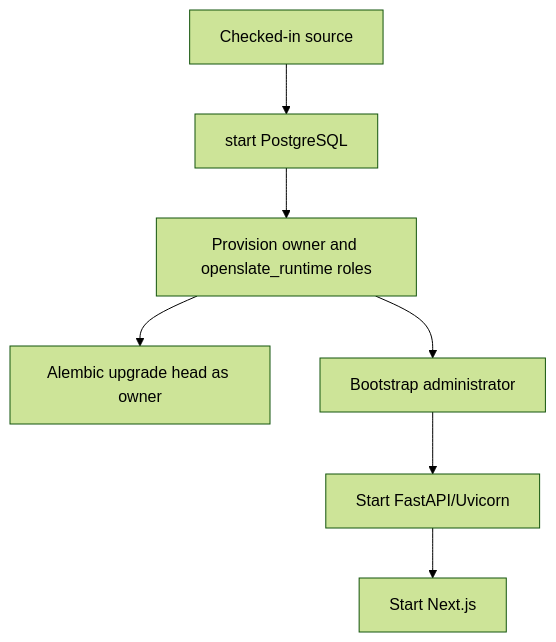
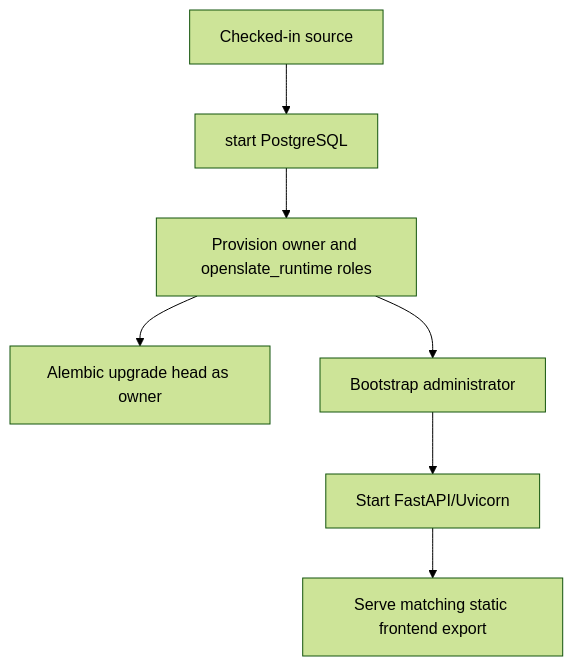
The diagram in docs/architecture/12-deployment-architecture.md (jayeuse/openslate), drawn with Mermaid (forest theme) before and after one commit. The commit also changed other lines of this file and 22 other files, not shown here.

````diff
--- a/docs/architecture/12-deployment-architecture.md
+++ b/docs/architecture/12-deployment-architecture.md
@@ -35,9 +34,9 @@
 ```mermaid
 flowchart TD
     source["Checked-in source"] --> platform["start PostgreSQL"]
     platform --> role["Provision owner and openslate_runtime roles"]
     role --> schema["Alembic upgrade head as owner"]
     role --> admin["Bootstrap administrator"]
     admin --> api["Start FastAPI/Uvicorn"]
-    api --> web["Start Next.js"]
+    api --> assets["Serve matching static frontend export"]
 ```
````
